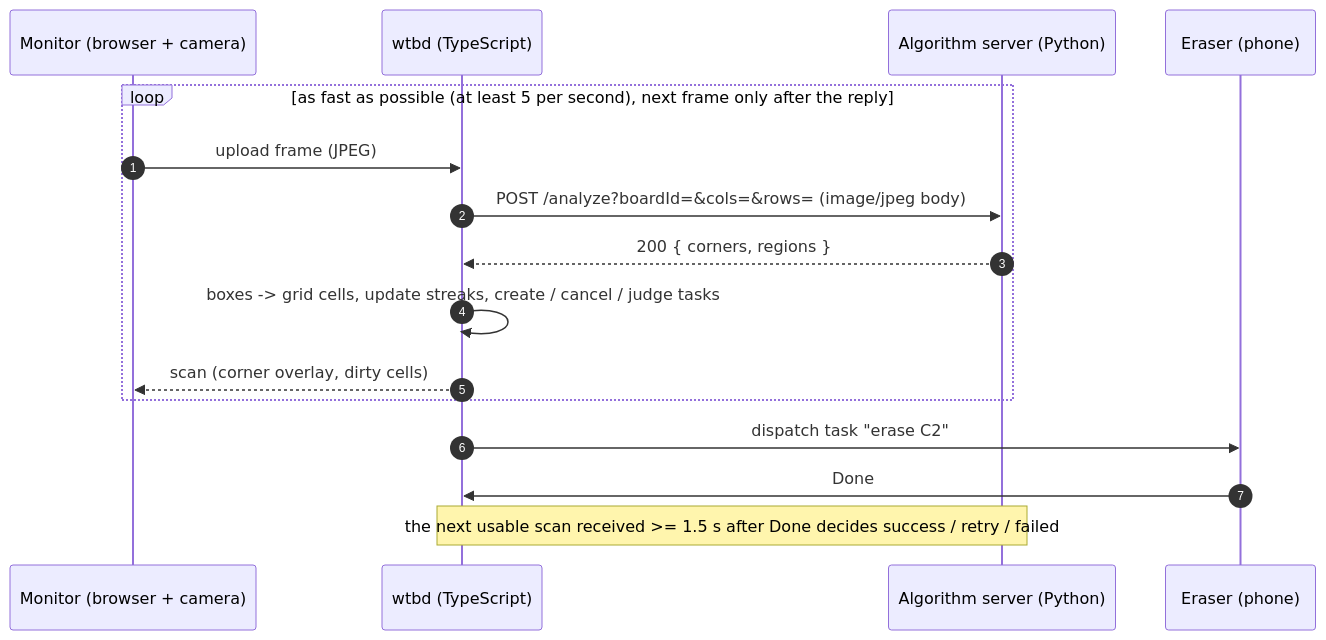
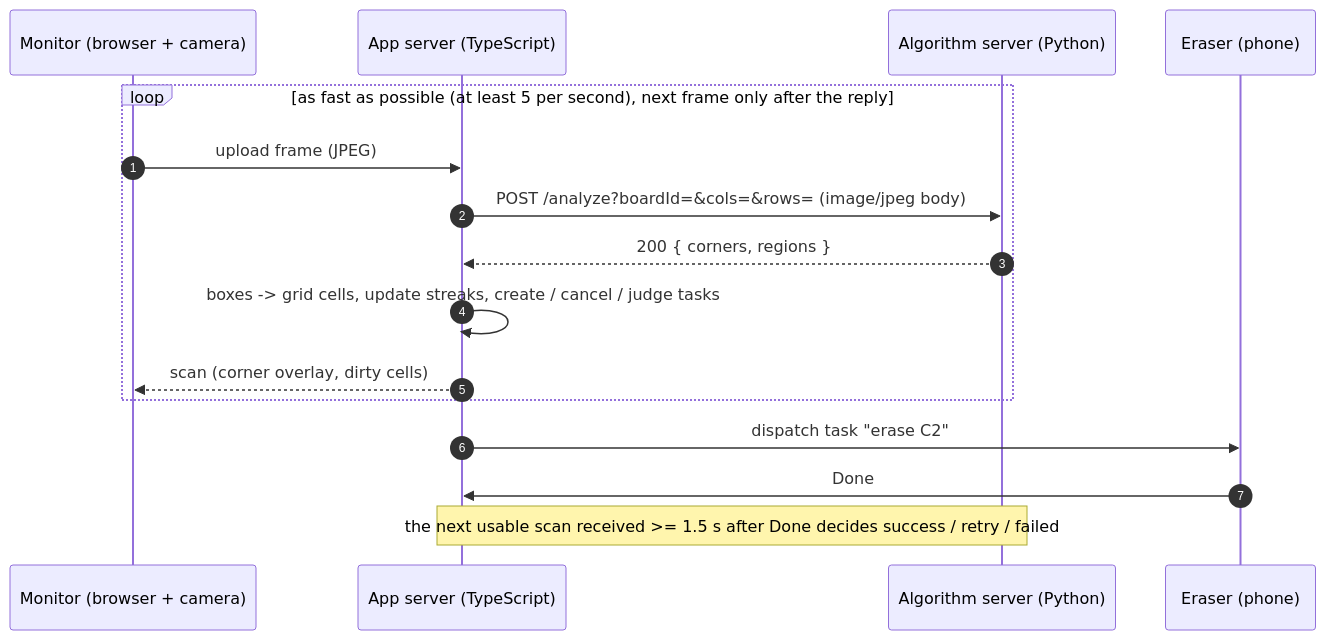
One commit to promaaa/kofee changed the diagram in protocol/algorithm-server.md. Above: the diagram before and after it, drawn with Mermaid. The commit also changed other lines of this file and 146 other files, not shown here.

Commit message:
Rename the app from wtbd to nunchi; keep generated agent files out of Git

````diff
--- a/protocol/algorithm-server.md
+++ b/protocol/algorithm-server.md
@@ -21,18 +21,18 @@
 ```mermaid
 sequenceDiagram
     autonumber
     participant M as Monitor (browser + camera)
-    participant W as wtbd (TypeScript)
+    participant W as App server (TypeScript)
     participant A as Algorithm server (Python)
     participant E as Eraser (phone)
     loop as fast as possible (at least 5 per second), next frame only after the reply
         M->>W: upload frame (JPEG)
         W->>A: POST /analyze?boardId=&cols=&rows= (image/jpeg body)
         A-->>W: 200 { corners, regions }
         W->>W: boxes -> grid cells, update streaks, create / cancel / judge tasks
         W-->>M: scan (corner overlay, dirty cells)
     end
     W->>E: dispatch task "erase C2"
     E->>W: Done
     Note over W,A: the next usable scan received >= 1.5 s after Done decides success / retry / failed
 ```
````
